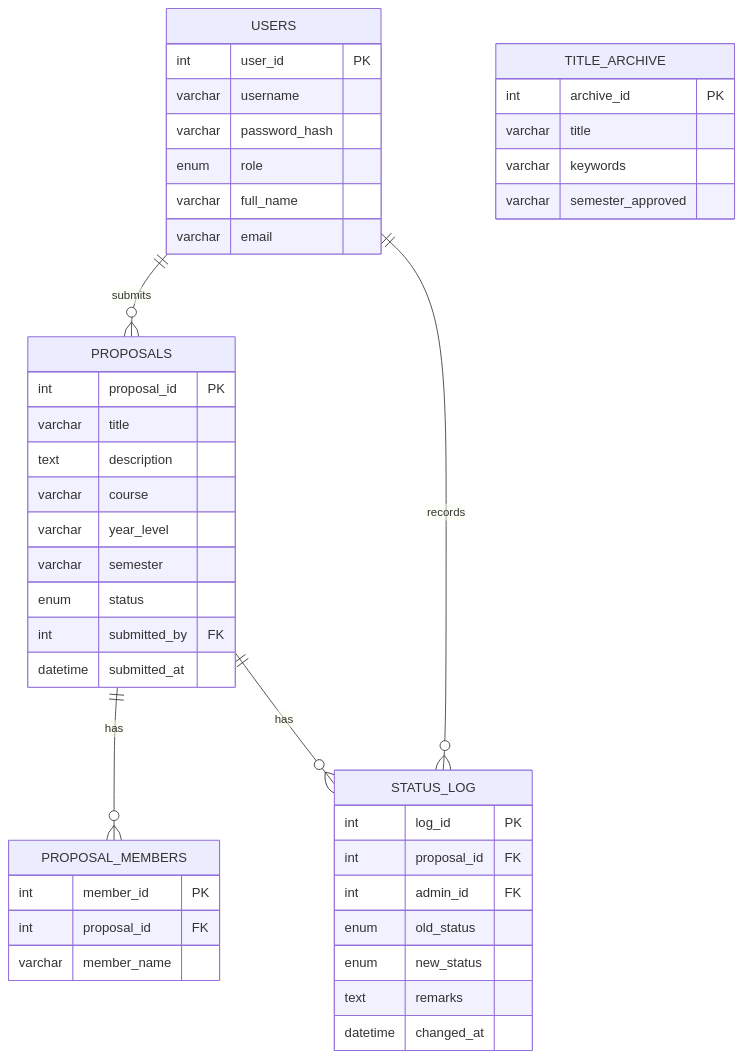
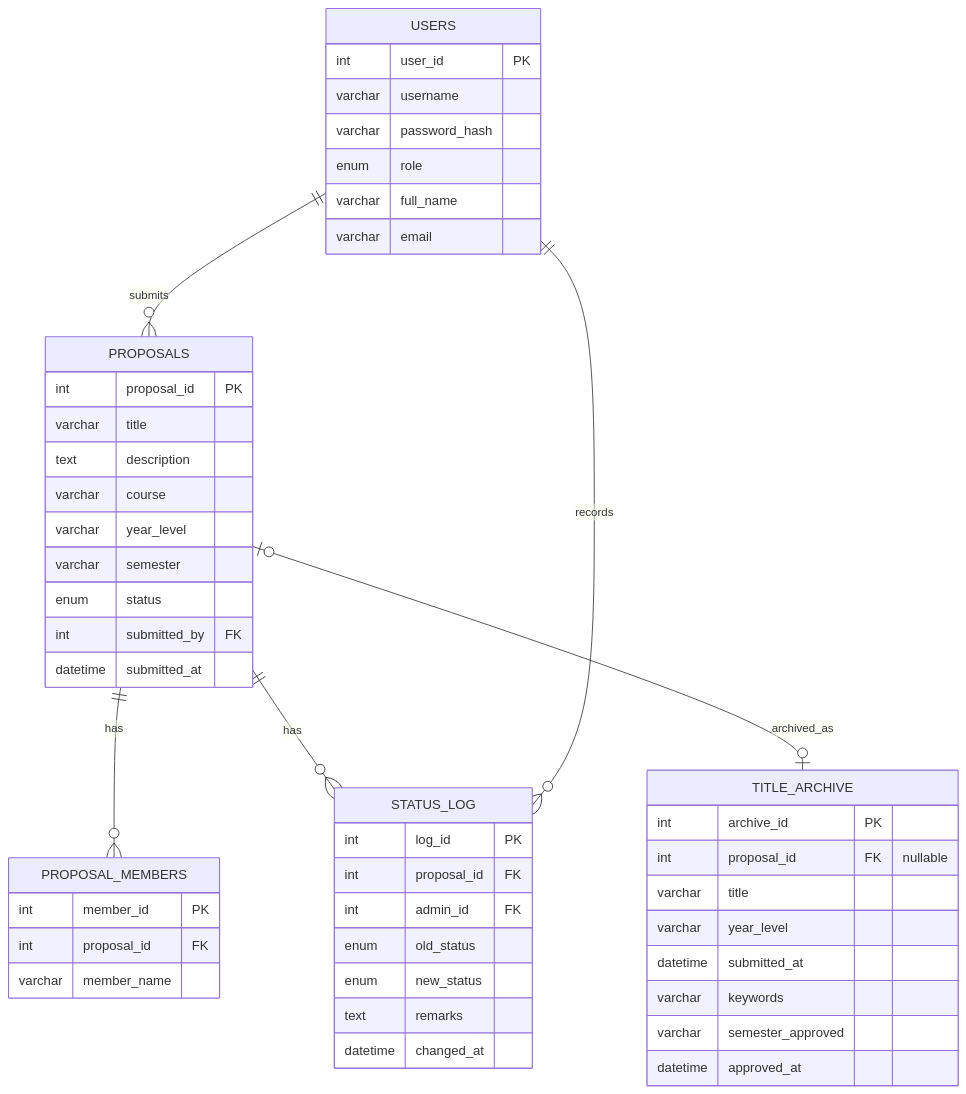
The diagram in docs/DATABASE_SCHEMA.md (albertii-alt/it-capstone-proposal-management-tracking-system-vbnet), drawn with Mermaid before and after one commit. The commit also changed other lines of this file and 8 other files, not shown here.

````diff
--- a/docs/DATABASE_SCHEMA.md
+++ b/docs/DATABASE_SCHEMA.md
@@ -8,46 +8,51 @@
 ```mermaid
 erDiagram
   USERS ||--o{ PROPOSALS : submits
   PROPOSALS ||--o{ PROPOSAL_MEMBERS : has
   PROPOSALS ||--o{ STATUS_LOG : has
+  PROPOSALS o|--o| TITLE_ARCHIVE : archived_as
   USERS ||--o{ STATUS_LOG : records
   USERS {
     int user_id PK
     varchar username
     varchar password_hash
     enum role
     varchar full_name
     varchar email
   }
   PROPOSALS {
     int proposal_id PK
     varchar title
     text description
     varchar course
     varchar year_level
     varchar semester
     enum status
     int submitted_by FK
     datetime submitted_at
   }
   PROPOSAL_MEMBERS {
     int member_id PK
     int proposal_id FK
     varchar member_name
   }
   STATUS_LOG {
     int log_id PK
     int proposal_id FK
     int admin_id FK
     enum old_status
     enum new_status
     text remarks
     datetime changed_at
   }
   TITLE_ARCHIVE {
     int archive_id PK
+    int proposal_id FK "nullable"
     varchar title
+    varchar year_level
+    datetime submitted_at
     varchar keywords
     varchar semester_approved
+    datetime approved_at
   }
 ```
````
